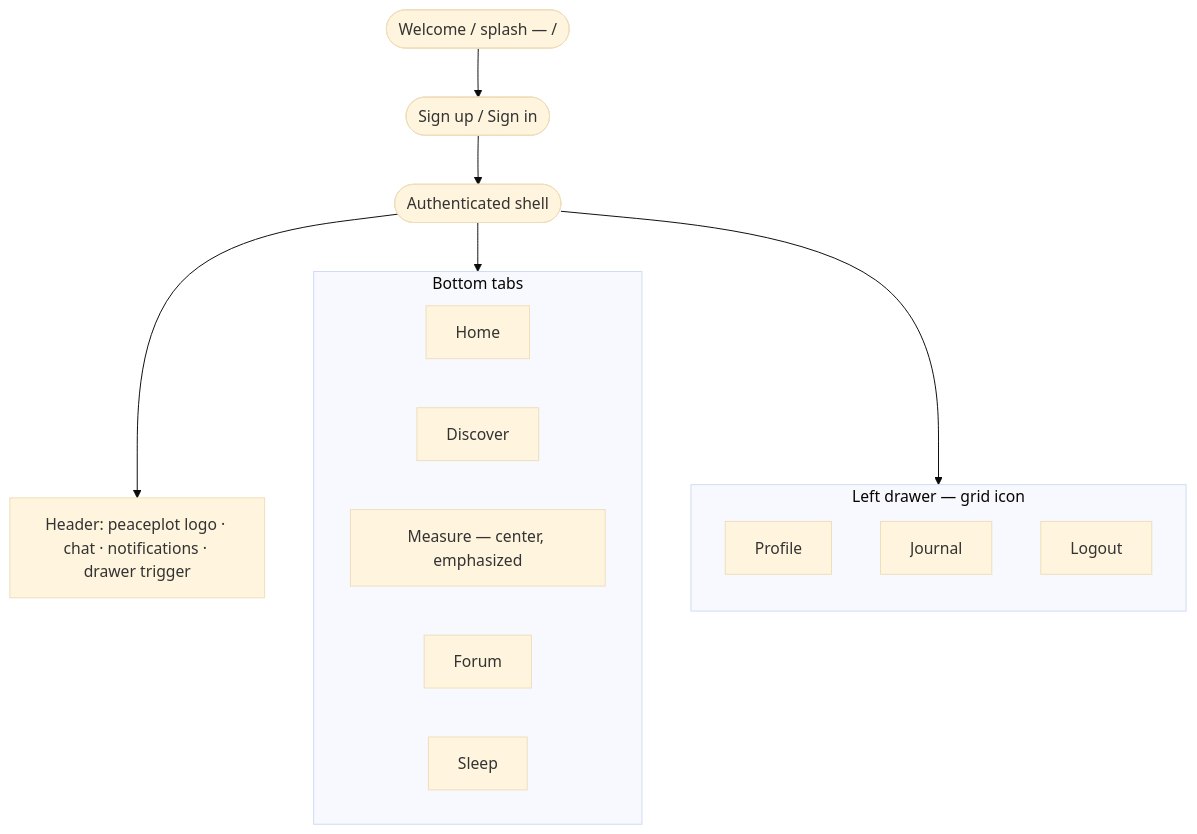
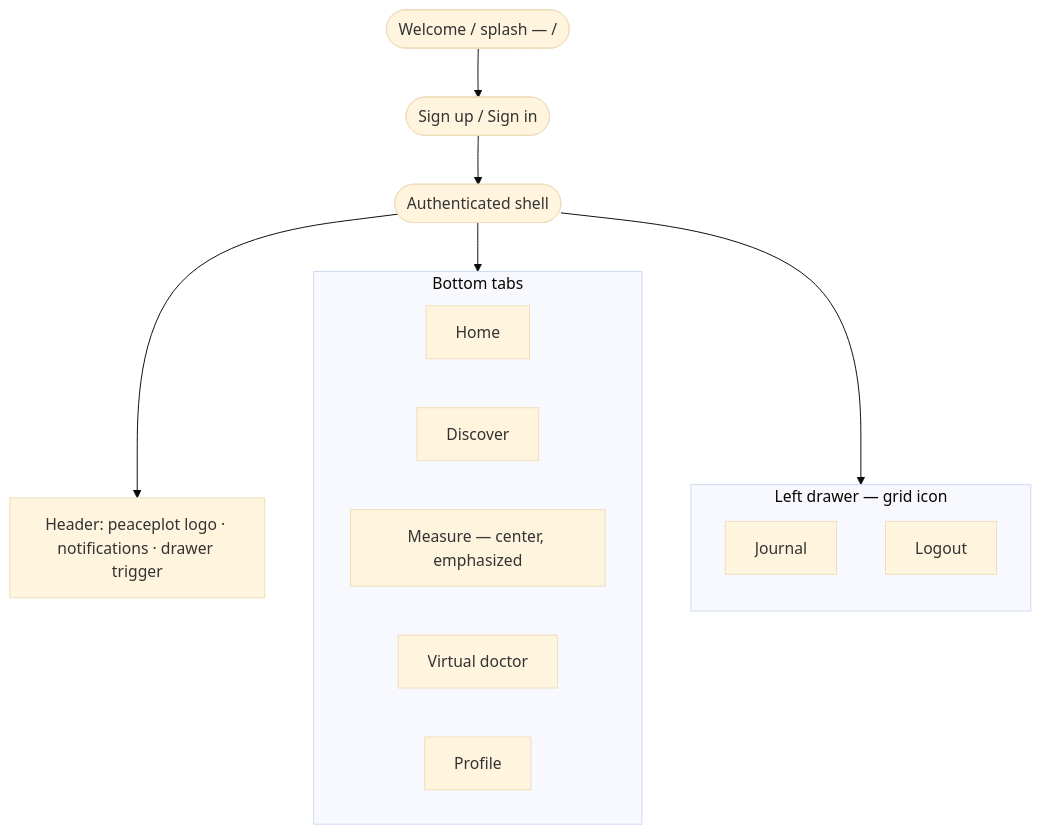
Before and after one commit to venu-1o15o411-wola/PeacePlot: the first of 2 diagrams in plan/plan.md, drawn with Mermaid (base theme). The commit also changed other lines of this file and 29 other files, not shown here.

Commit message:
feat: updated whole flow and implemented auth

````diff
--- a/plan/plan.md
+++ b/plan/plan.md
@@ -117,25 +117,24 @@
 ```mermaid
 flowchart TB
   Welcome([Welcome / splash — /]) --> Auth([Sign up / Sign in])
   Auth --> Shell([Authenticated shell])
 
-  Shell --> Header[Header: peaceplot logo · chat · notifications · drawer trigger]
+  Shell --> Header[Header: peaceplot logo · notifications · drawer trigger]
   Shell --> Tabs
   Shell --> Drawer
 
   subgraph Tabs["Bottom tabs"]
     direction LR
     H[Home]
     D[Discover]
     M["Measure — center, emphasized"]
-    F[Forum]
-    S[Sleep]
+    VD[Virtual doctor]
+    P[Profile]
   end
 
   subgraph Drawer["Left drawer — grid icon"]
     direction TB
-    P[Profile]
     J[Journal]
     L[Logout]
   end
 ```
````
